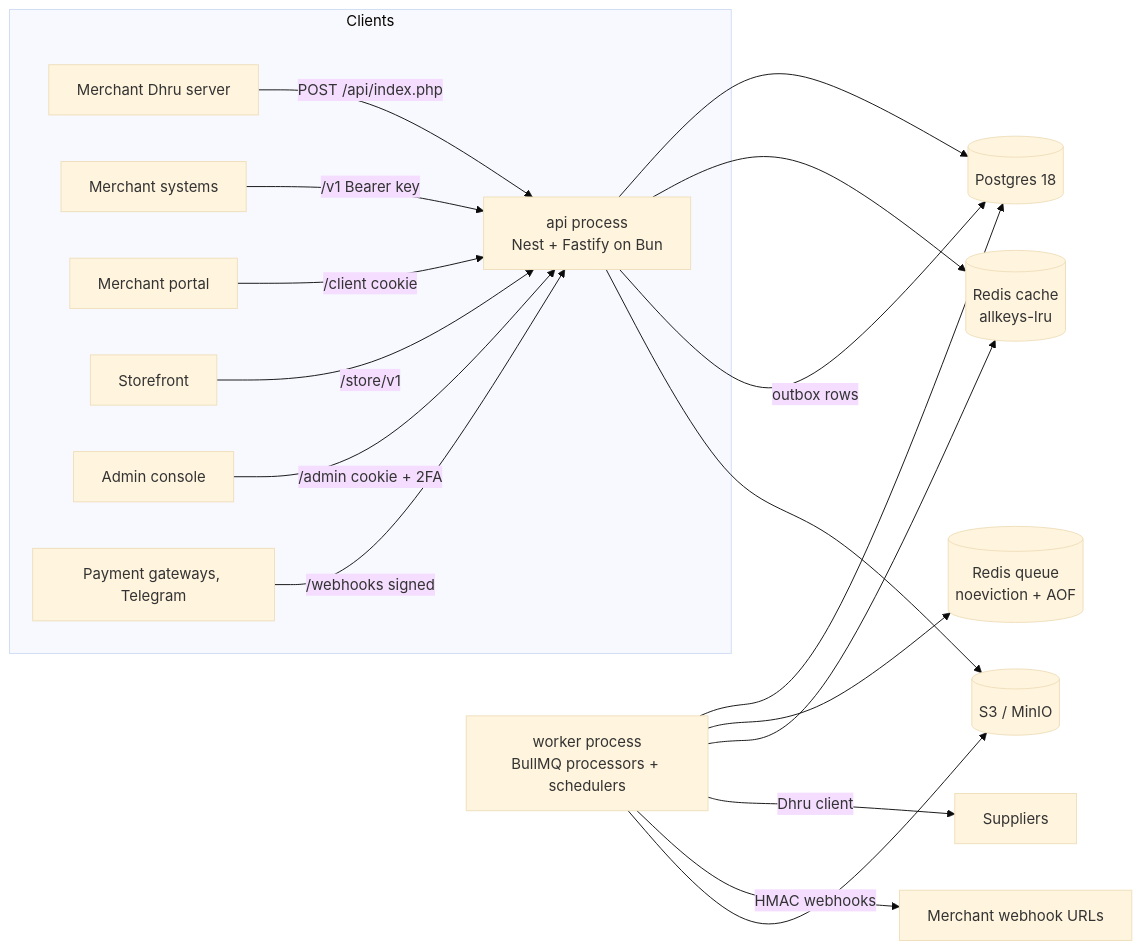
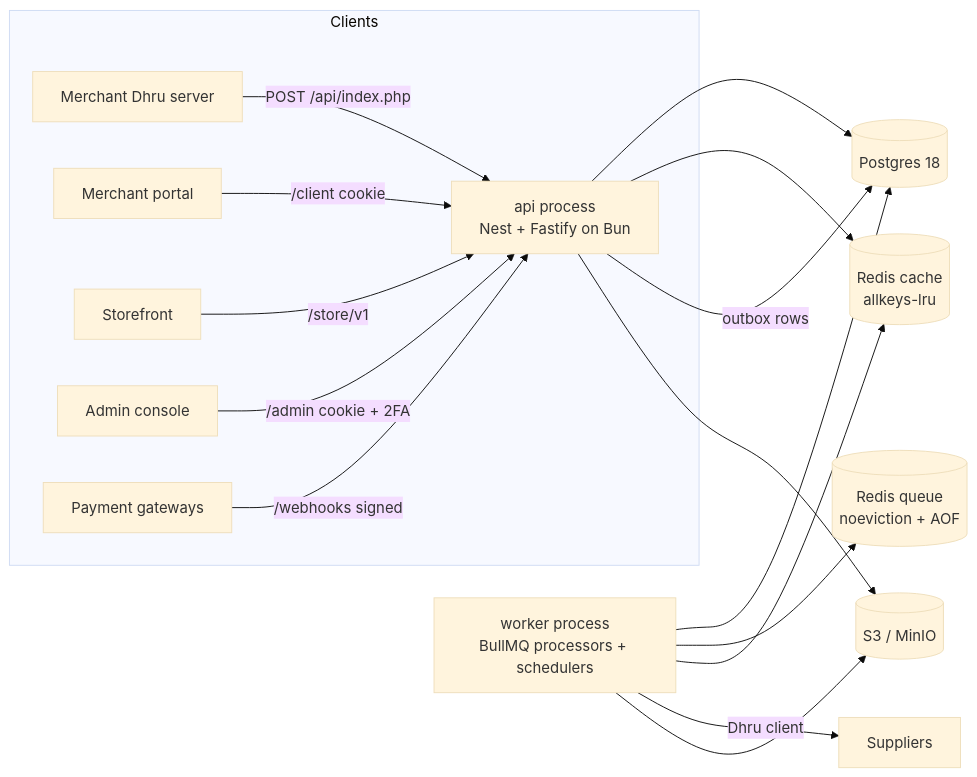
The diagram in docs/ARCHITECTURE.md (nubielziz/server-gsm-qandeel-backend), drawn with Mermaid (base theme) before and after one commit. The commit also changed other lines of this file and 907 other files, not shown here.

````diff
--- a/docs/ARCHITECTURE.md
+++ b/docs/ARCHITECTURE.md
@@ -10,21 +10,19 @@
 ```mermaid
 flowchart LR
   subgraph Clients
     DH[Merchant Dhru server] -->|POST /api/index.php| API
-    V1[Merchant systems] -->|/v1 Bearer key| API
     CP[Merchant portal] -->|/client cookie| API
     ST[Storefront] -->|/store/v1| API
     AD[Admin console] -->|/admin cookie + 2FA| API
-    GW[Payment gateways, Telegram] -->|/webhooks signed| API
+    GW[Payment gateways] -->|/webhooks signed| API
   end
   API[api process\nNest + Fastify on Bun] --> PG[(Postgres 18)]
   API --> RC[(Redis cache\nallkeys-lru)]
   API -->|outbox rows| PG
   W[worker process\nBullMQ processors + schedulers] --> PG
   W --> RQ[(Redis queue\nnoeviction + AOF)]
   W --> RC
   W -->|Dhru client| SUP[Suppliers]
-  W -->|HMAC webhooks| MW[Merchant webhook URLs]
   API --> S3[(S3 / MinIO)]
   W --> S3
 ```
````
